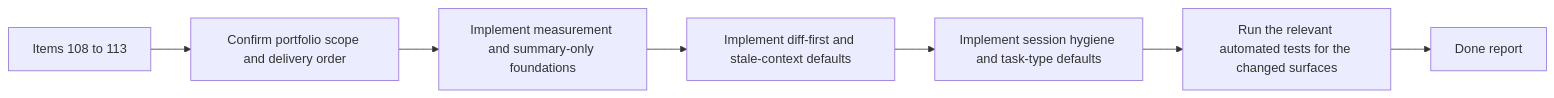
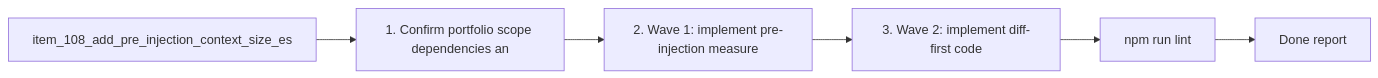
One commit to AlexAgo83/logics-manager changed the diagram in logics/tasks/task_093_orchestration_delivery_for_req_081_observable_and_lightweight_codex_handoffs.md. Above: the diagram before and after it, drawn with Mermaid. The commit also changed other lines of this file and 481 other files, not shown here.

````diff
--- a/logics/tasks/task_093_orchestration_delivery_for_req_081_observable_and_lightweight_codex_handoffs.md
+++ b/logics/tasks/task_093_orchestration_delivery_for_req_081_observable_and_lightweight_codex_handoffs.md
@@ -37,11 +37,10 @@
 ```mermaid
 %% logics-kind: task
 %% logics-signature: task|orchestration-delivery-for-req-081-obser|item-108-add-pre-injection-context-size-|1-confirm-portfolio-scope-dependencies-a|npm-run-lint
 flowchart LR
-    Backlog[Items 108 to 113] --> Step1[Confirm portfolio scope and delivery order]
-    Step1 --> Step2[Implement measurement and summary-only foundations]
-    Step2 --> Step3[Implement diff-first and stale-context defaults]
-    Step3 --> Step4[Implement session hygiene and task-type defaults]
-    Step4 --> Validation[Run the relevant automated tests for the changed surfaces]
+    Backlog[item_108_add_pre_injection_context_size_es] --> Step1[1. Confirm portfolio scope dependencies an]
+    Step1 --> Step2[2. Wave 1: implement pre-injection measure]
+    Step2 --> Step3[3. Wave 2: implement diff-first code]
+    Step3 --> Validation[npm run lint]
     Validation --> Report[Done report]
 ```
````
